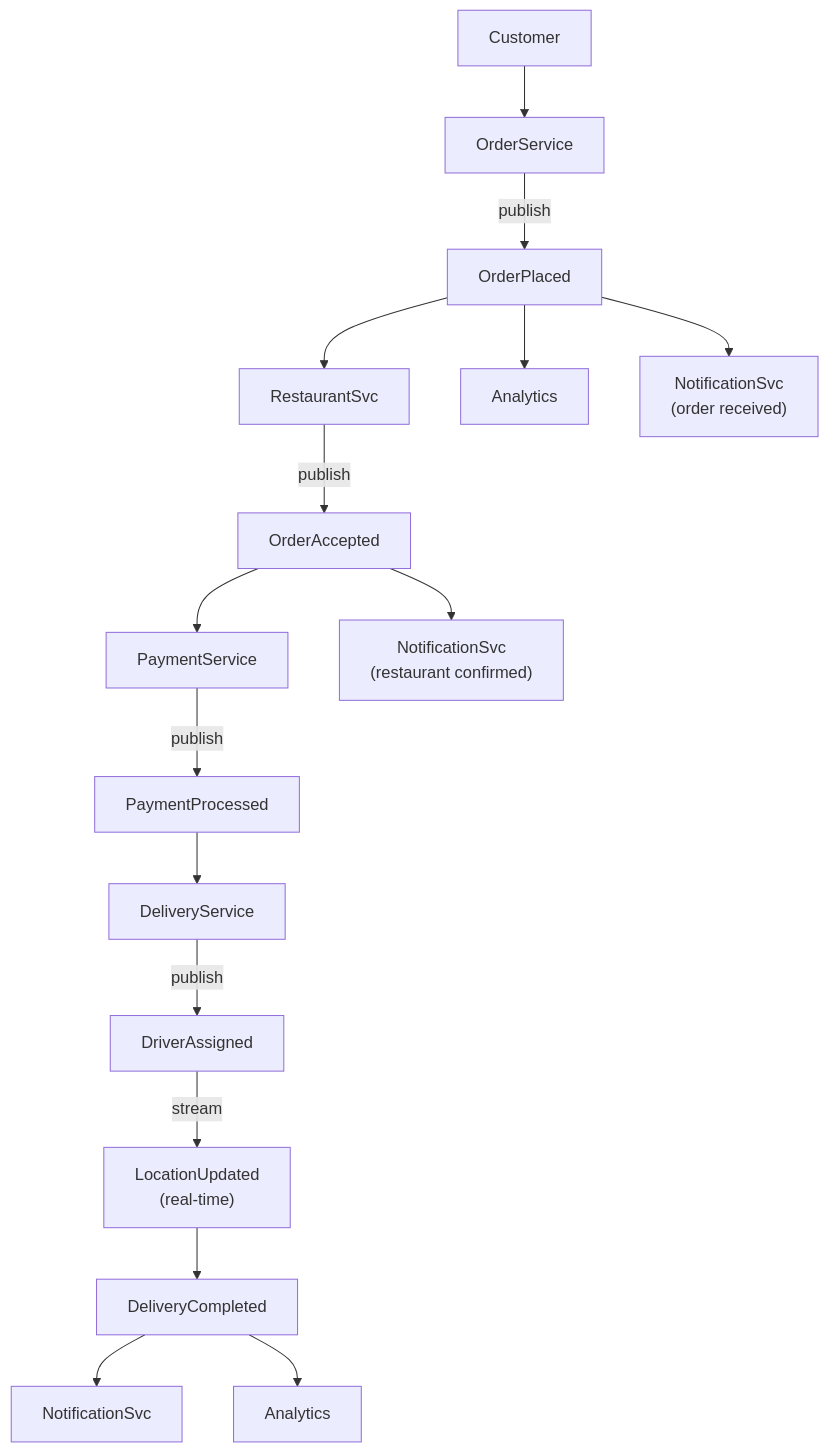
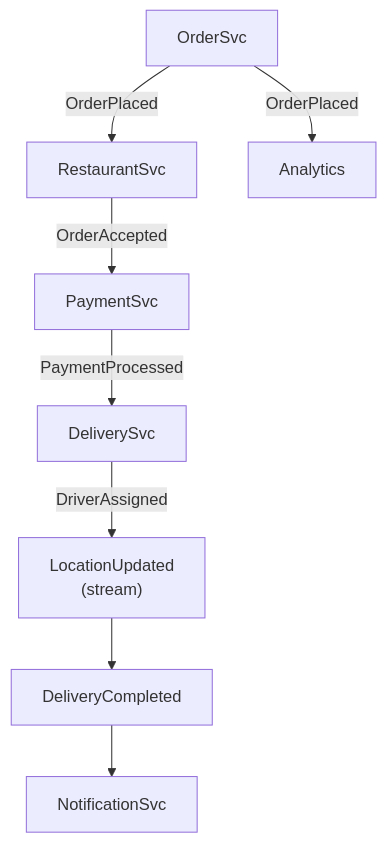
Before and after one commit to calmrocks/system-design-dive-deep: diagram 16 of 16 in Sessions/Event-Driven Architecture/Slides.md, drawn with Mermaid. The commit also changed other lines of this file and 2 other files, not shown here.

```diff
--- a/Sessions/Event-Driven Architecture/Slides.md
+++ b/Sessions/Event-Driven Architecture/Slides.md
@@ -954,24 +564,10 @@
 ~~~mermaid
 flowchart TB
-    CUST[Customer] --> OS[OrderService]
-    OS -->|publish| OP[OrderPlaced]
-
-    OP --> RS[RestaurantSvc]
-    OP --> ANA[Analytics]
-    OP --> NOT1["NotificationSvc\n(order received)"]
-
-    RS -->|publish| OA[OrderAccepted]
-
-    OA --> PAY[PaymentService]
-    OA --> NOT2["NotificationSvc\n(restaurant confirmed)"]
-
-    PAY -->|publish| PP[PaymentProcessed]
-
-    PP --> DEL[DeliveryService]
-    DEL -->|publish| DA[DriverAssigned]
-    DA -->|stream| LU["LocationUpdated\n(real-time)"]
-    LU --> DC[DeliveryCompleted]
-
-    DC --> NOT3[NotificationSvc]
-    DC --> ANA2[Analytics]
+    OS[OrderSvc] -->|OrderPlaced| RS[RestaurantSvc]
+    OS -->|OrderPlaced| ANA[Analytics]
+    RS -->|OrderAccepted| PAY[PaymentSvc]
+    PAY -->|PaymentProcessed| DEL[DeliverySvc]
+    DEL -->|DriverAssigned| LOC["LocationUpdated<br>(stream)"]
+    LOC --> DC[DeliveryCompleted]
+    DC --> NOT[NotificationSvc]
 ~~~
```
